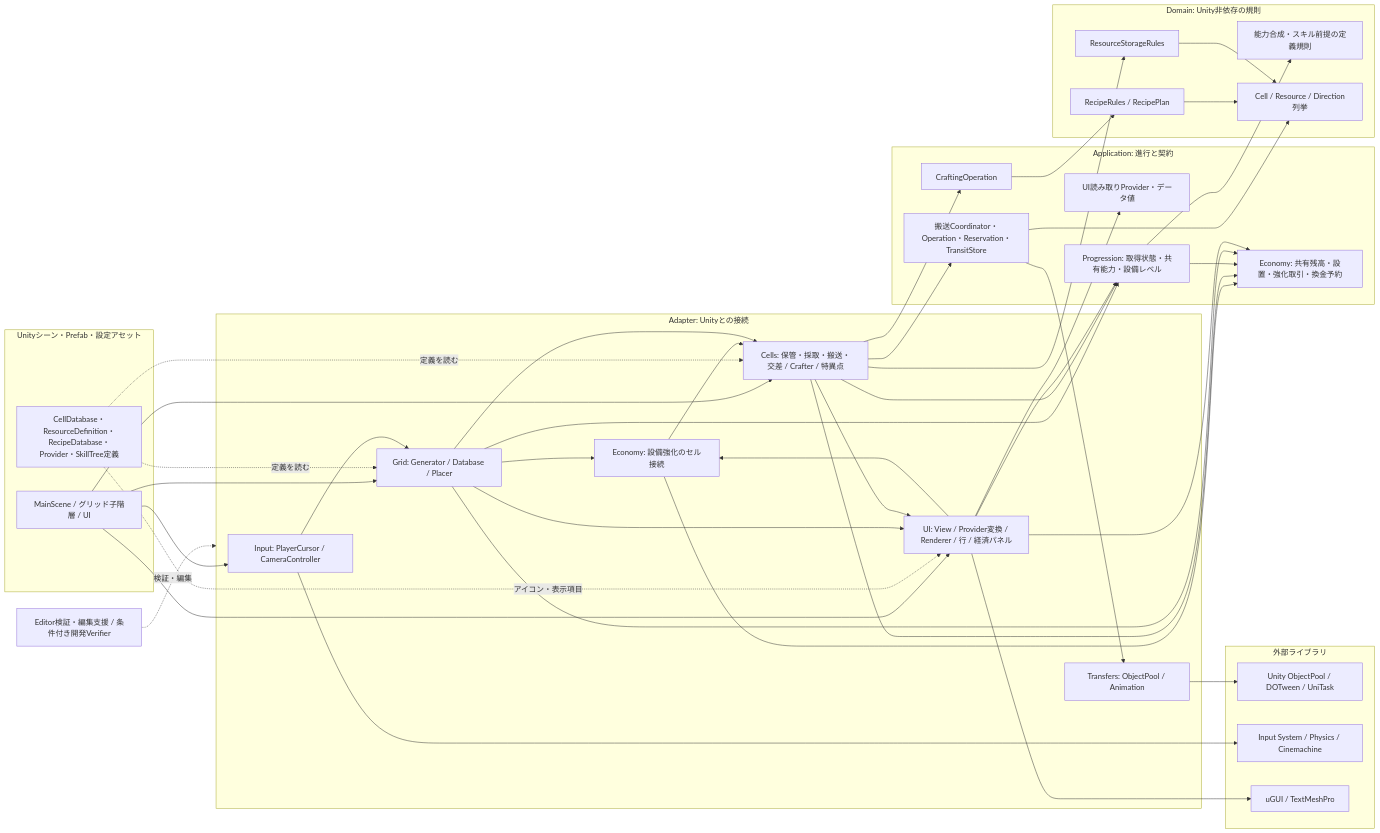
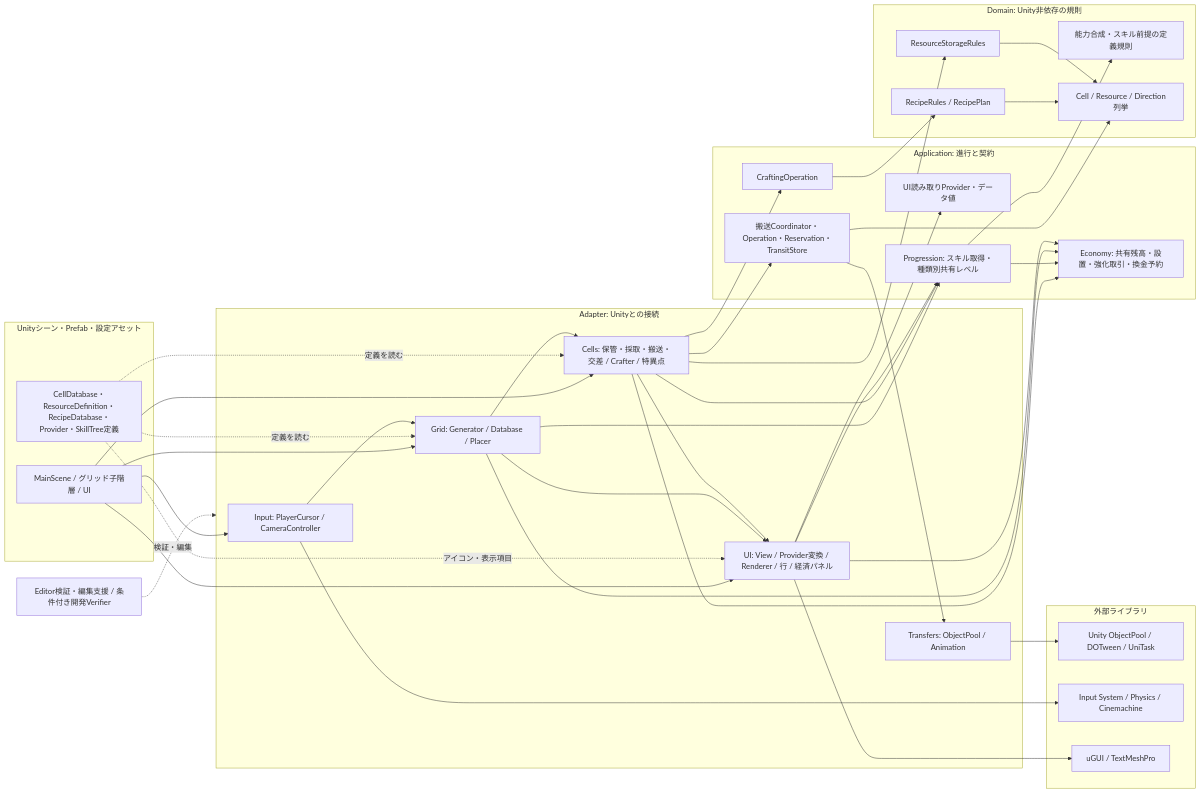
The first of 2 diagrams in docs/design/current-architecture.md (AoiTomiyama/FactoryGame), drawn with Mermaid before and after one commit. The commit also changed other lines of this file and 32 other files, not shown here.

````diff
--- a/docs/design/current-architecture.md
+++ b/docs/design/current-architecture.md
@@ -40,69 +40,64 @@
 ```mermaid
 flowchart LR
  subgraph Scene["Unityシーン・Prefab・設定アセット"]
   Main["MainScene / グリッド子階層 / UI"]
   SO["CellDatabase・ResourceDefinition・RecipeDatabase・Provider・SkillTree定義"]
  end
  subgraph Adapter["Adapter: Unityとの接続"]
   Input["Input: PlayerCursor / CameraController"]
   Grid["Grid: Generator / Database / Placer"]
-  Upgrade["Economy: 設備強化のセル接続"]
   Cells["Cells: 保管・採取・搬送・交差 / Crafter / 特異点"]
   Presentation["Transfers: ObjectPool / Animation"]
   UI["UI: View / Provider変換 / Renderer / 行 / 経済パネル"]
  end
  subgraph Application["Application: 進行と契約"]
   Transfer["搬送Coordinator・Operation・Reservation・TransitStore"]
   Craft["CraftingOperation"]
   Read["UI読み取りProvider・データ値"]
-  Progression["Progression: 取得状態・共有能力・設備レベル"]
+  Progression["Progression: スキル取得・種類別共有レベル"]
   Economy["Economy: 共有残高・設置・強化取引・換金予約"]
  end
  subgraph Domain["Domain: Unity非依存の規則"]
   Stats["能力合成・スキル前提の定義規則"]
   Storage["ResourceStorageRules"]
   Recipe["RecipeRules / RecipePlan"]
   Enum["Cell / Resource / Direction列挙"]
  end
  Main --> Input
  Main --> Grid
  Main --> Cells
  Main --> UI
  SO -. "定義を読む" .-> Grid
  SO -. "定義を読む" .-> Cells
  SO -. "アイコン・表示項目" .-> UI
  Input --> Grid
- Grid --> Upgrade
- Upgrade --> Cells
- Upgrade --> Economy
  Grid --> Cells
  Grid --> UI
  Cells --> Economy
  Grid --> Progression
  Cells --> Progression
  Progression --> Economy
  Progression --> Stats
  Grid --> Economy
  Cells --> Transfer
  Cells --> Craft
  Cells --> Storage
  Cells --> UI
  UI --> Read
  Transfer --> Presentation
  Transfer --> Enum
  Craft --> Recipe
  Recipe --> Enum
  Storage --> Enum
  Presentation --> External
  Input --> InputLib
  UI --> UILib
  Editor["Editor検証・編集支援 / 条件付き開発Verifier"] -. "検証・編集" .-> Adapter
  subgraph Libraries["外部ライブラリ"]
  External["Unity ObjectPool / DOTween / UniTask"]
  InputLib["Input System / Physics / Cinemachine"]
  UILib["uGUI / TextMeshPro"]
  end
  UI --> Economy
  UI --> Progression
- UI --> Upgrade
 ```
````
